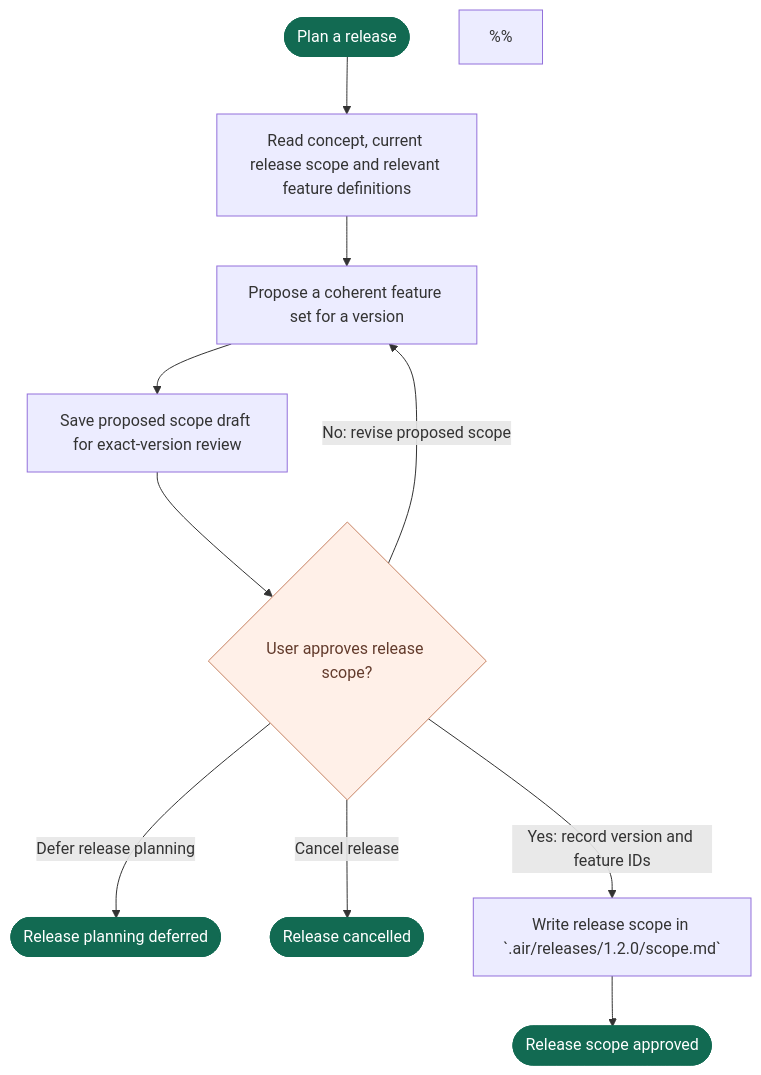
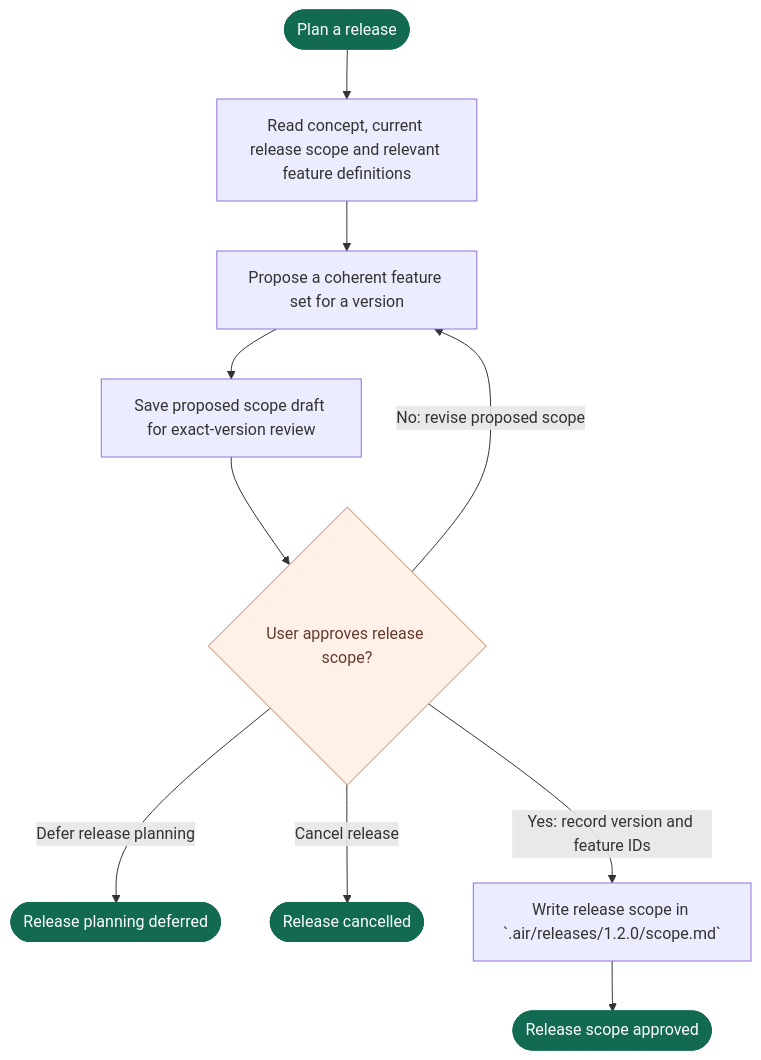
Before and after one commit to vanlangenlabs/vanlangenlabs-site: the diagram in docs/airflow/flows/release-planning.mmd, drawn with Mermaid. The commit also changed 8 other files, not shown here.

```diff
--- a/docs/airflow/flows/release-planning.mmd
+++ b/docs/airflow/flows/release-planning.mmd
@@ -1,52 +1,52 @@
 flowchart TD
     start([Plan a release]) --> readBacklog[Read concept, current release scope and relevant feature definitions]
 %% @airflow-context readBacklog
 %% For a new release, read relevant approved backlog Definitions and the concept.
 %% For replanning, also load the current scope, all its feature Definitions/statuses,
 %% change findings and current evidence, including selected/implementing/verifying/
 %% verified features. Existing membership is not lost because a feature left backlog.
 %% Propose retained, added and removed IDs explicitly; unresolved or unapproved
 %% Definitions cannot enter the approved scope. Preserve unaffected evidence with
 %% impact rationale. Use goals, dependencies, priority and capacity, never tracker
 %% order/status as approval. Do not select a feature belonging to another release.
 %% @end-airflow-context
     readBacklog --> propose[Propose a coherent feature set for a version]
     propose --> draft[Save proposed scope draft for exact-version review]
     draft --> scopeApproval{User approves release scope?}
     scopeApproval -- No: revise proposed scope --> propose
     scopeApproval -- Defer release planning --> planningDeferred([Release planning deferred])
     scopeApproval -- Cancel release --> releaseCancelled([Release cancelled])
     scopeApproval -- Yes: record version and feature IDs --> scope[Write release scope in `.air/releases/1.2.0/scope.md`]
     scope --> scopeReady([Release scope approved])
 %% @airflow-context scopeApproval
 %% The human approves the exact version, included feature IDs, exclusions and
 %% release goals. Bind the decision to the scope file digest. A changed set needs
 %% a new scope approval. Deferring new planning leaves backlog unchanged;
 %% deferring an existing release preserves its membership and valid evidence.
 %% Record approval evidence in `.air/index.md` using the global instructions.
-%%
+
 %% Feature transitions owned by this phase:
 %% - `backlog` -> `selected`: Human approves inclusion in a release scope.
 %% - `selected` / `implementing` / `verifying` / `verified` -> `backlog`: Human removes feature from scope or cancels release; Definition remains approved. Preserve historical evidence.
-%%
+
 %% A feature belongs to at most one active release. Removing an unapproved feature
 %% keeps it clarifying, deferred or rejected, never backlog. Release deferral keeps
 %% membership and valid evidence; execution waits for explicit human reopening.
-%%
+
 %% Release transition `planning -> scope-pending-approval`: Self-reviewed scope lists exact feature IDs and version; record_status becomes pending-approval. Owner: AI prepares and requests approval.
-%%
+
 %% Release transition `scope-pending-approval -> scope-approved`: Scope digest is explicitly approved; append approval event. Owner: Human.
-%%
+
 %% Release transition `deferred -> planning`: User explicitly reopens planning; revalidate the backlog and release goals. Owner: Human.
 %% @end-airflow-context
 
     classDef boundary fill:#126a52,color:#ffffff,stroke:#126a52
     class start,scopeReady,planningDeferred,releaseCancelled boundary
     classDef approval fill:#fff0e8,color:#633b2c,stroke:#c68162
     class scopeApproval approval
 
 %% @airflow-context propose
 %% Record path: `.air/releases/<version>/scope.md`.
 %% Record outline: Release goal; Included feature IDs; Excluded or deferred feature IDs; Dependencies and ordering; Release-level acceptance criteria.
 %% Mutable statuses belong in the index. Example IDs and versions are placeholders.
 %% @end-airflow-context
```
